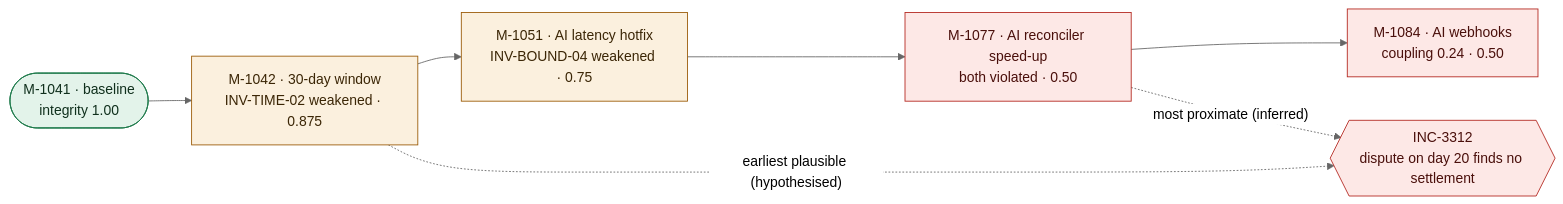
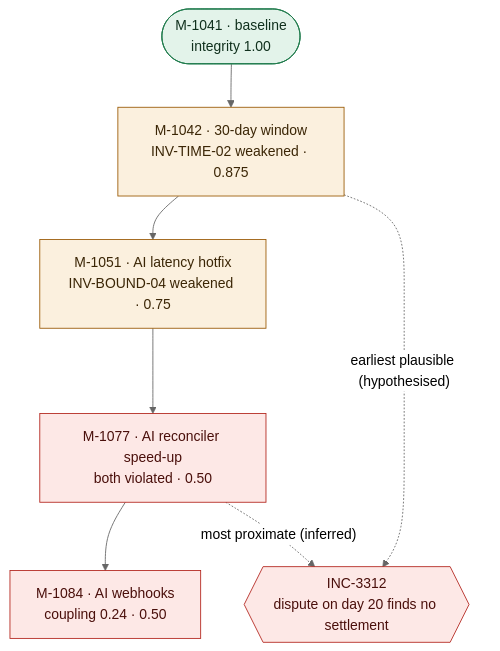
Before and after one commit to Sarthaksulkhlan/epoch-software.evolution: the second of 6 diagrams in README.md, drawn with Mermaid (neutral theme). The commit also changed other lines of this file, not shown here.

Commit message:
docs: keep README diagrams clear of GitHub's zoom controls

````diff
--- a/README.md
+++ b/README.md
@@ -134,16 +134,16 @@
 ```mermaid
-flowchart LR
+flowchart TB
     M1041(["M-1041 · baseline<br/>integrity 1.00"]) --> M1042["M-1042 · 30-day window<br/>INV-TIME-02 weakened · 0.875"]
     M1042 --> M1051["M-1051 · AI latency hotfix<br/>INV-BOUND-04 weakened · 0.75"]
     M1051 --> M1077["M-1077 · AI reconciler speed-up<br/>both violated · 0.50"]
     M1077 --> M1084["M-1084 · AI webhooks<br/>coupling 0.24 · 0.50"]
     M1077 -. "most proximate (inferred)" .-> INC{{"INC-3312<br/>dispute on day 20 finds no settlement"}}
     M1042 -. "earliest plausible (hypothesised)" .-> INC
 
     classDef good fill:#e3f3ea,stroke:#1d7a4a,color:#10301d
     classDef warn fill:#fbf0de,stroke:#9a5a06,color:#3b2606
     classDef bad fill:#fde8e6,stroke:#b3261e,color:#4a0f0b
     class M1041 good
     class M1042,M1051 warn
     class M1077,M1084,INC bad
 ```
````
